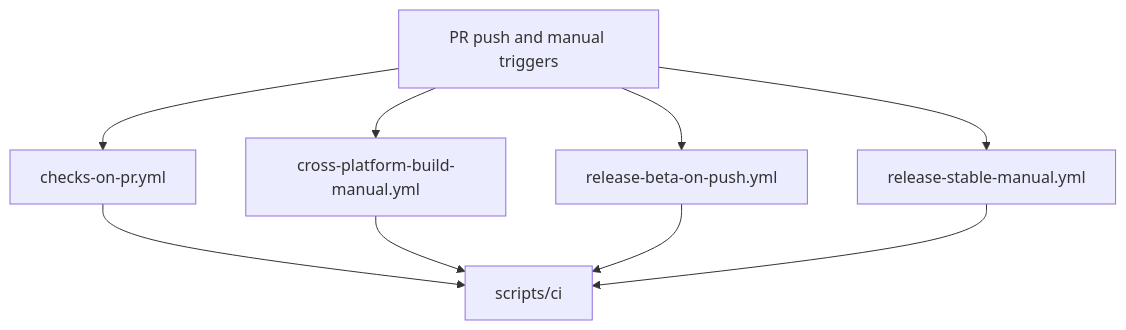
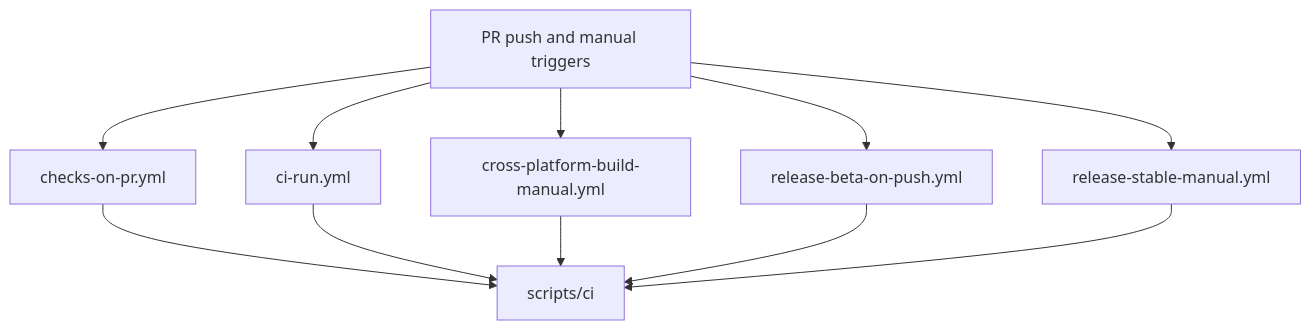
One commit to ZEDIUM-Off/graphclaw changed the diagram in .github/workflows/CONTEXT.md. Above: the diagram before and after it, drawn with Mermaid. The commit also changed other lines of this file and 121 other files, not shown here.

Commit message:
release: align GraphClaw with ZeroClaw v0.5.5 baseline

````diff
--- a/.github/workflows/CONTEXT.md
+++ b/.github/workflows/CONTEXT.md
@@ -35,11 +36,13 @@
 ```mermaid
 flowchart TD
     Events[PR push and manual triggers] --> Checks[checks-on-pr.yml]
+    Events --> CI[ci-run.yml]
     Events --> Build[cross-platform-build-manual.yml]
     Events --> Beta[release-beta-on-push.yml]
     Events --> Stable[release-stable-manual.yml]
     Checks --> Scripts[scripts/ci]
+    CI --> Scripts
     Build --> Scripts
     Beta --> Scripts
     Stable --> Scripts
 ```
````
